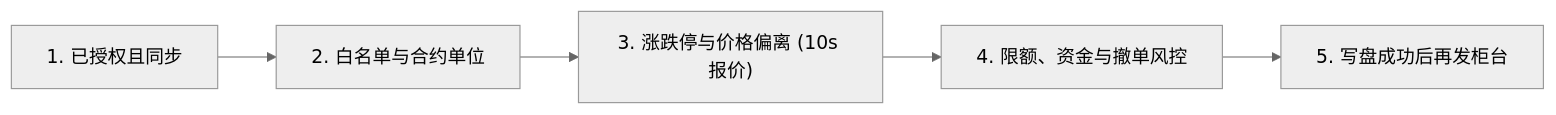
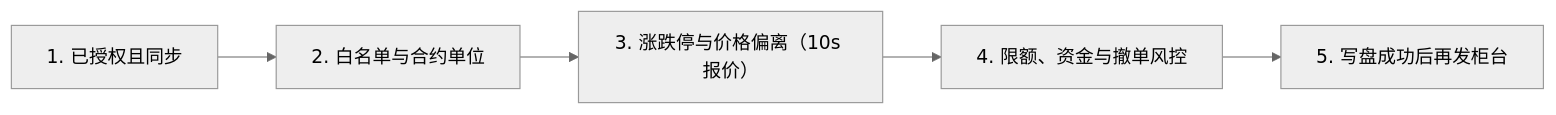
The fourth of 4 diagrams in docs/trading/README.md (isqiwen/asterion-terminal), drawn with Mermaid (neutral theme) before and after one commit. The commit also changed other lines of this file and 1 other file, not shown here.

Commit message:
docs: streamline warehouse and trading docs with diagrams and structured tables

````diff
--- a/docs/trading/README.md
+++ b/docs/trading/README.md
@@ -104,7 +112,7 @@
 ```mermaid
 flowchart LR
   S1["1. 已授权且同步"] --> S2["2. 白名单与合约单位"]
-  S2 --> S3["3. 涨跌停与价格偏离 (10s 报价)"]
+  S2 --> S3["3. 涨跌停与价格偏离（10s 报价）"]
   S3 --> S4["4. 限额、资金与撤单风控"]
   S4 --> S5["5. 写盘成功后再发柜台"]
 ```
````
